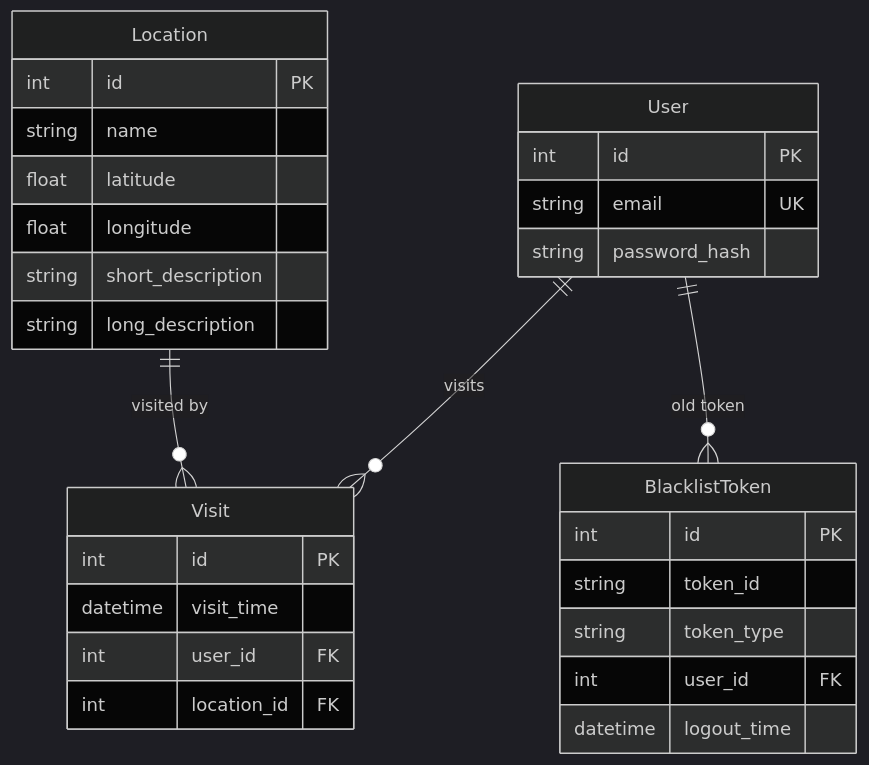
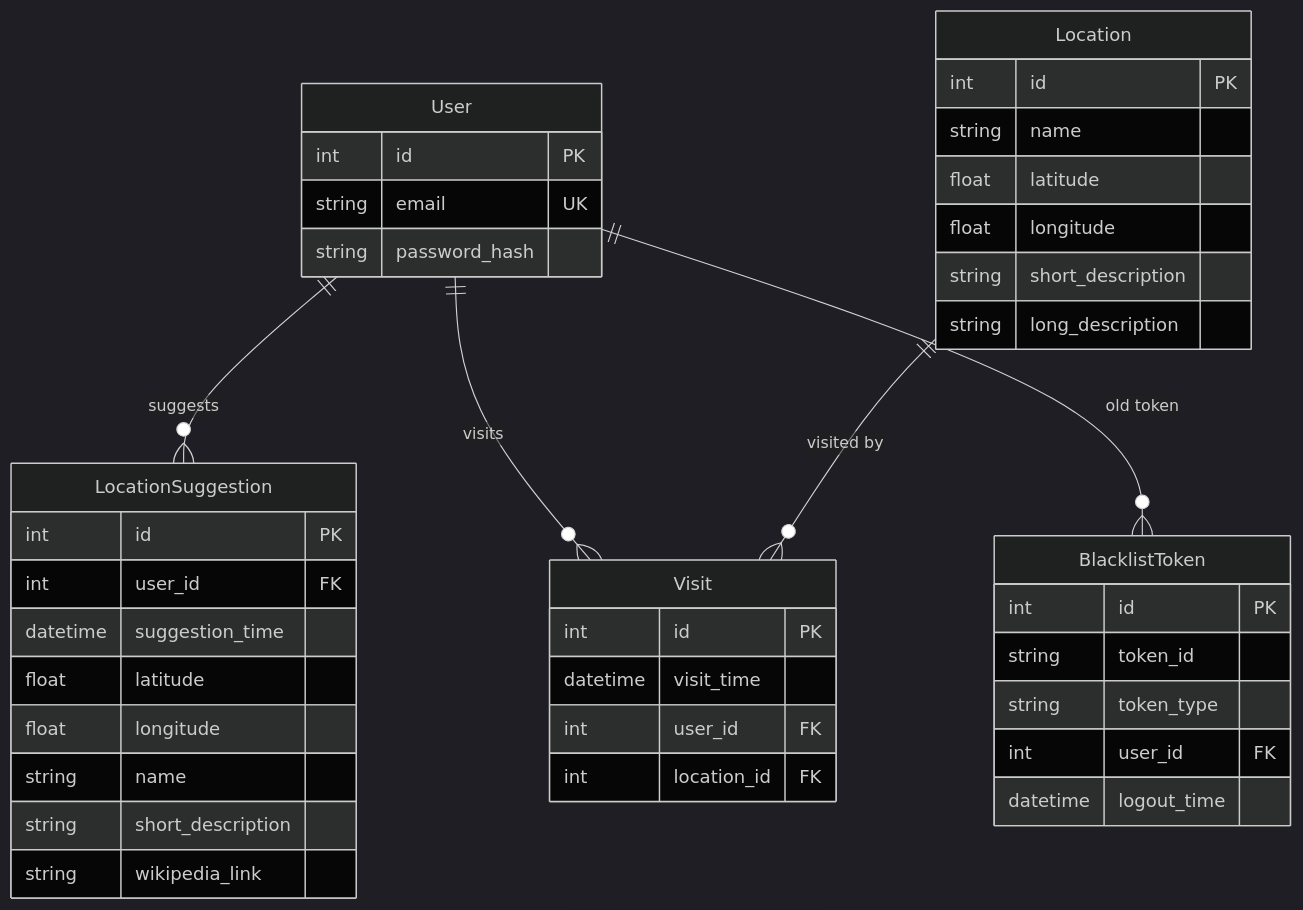
One commit to CS-495-Historical-Sites/remnant changed the diagram in documentation/docs/Documentation/Database.md. Above: the diagram before and after it, drawn with Mermaid (dark theme).

Commit message:
actually update docs

````diff
--- a/documentation/docs/Documentation/Database.md
+++ b/documentation/docs/Documentation/Database.md
@@ -3,33 +3,44 @@
 ``` mermaid
 erDiagram
     User {
         int id  PK
         string email UK
         string password_hash 
     }
     Location {
         int id  PK
         string name 
         float latitude
         float longitude
         string short_description
         string long_description
     }
     Visit {
         int id  PK
         datetime visit_time 
         int user_id  FK
         int location_id  FK
     }
     BlacklistToken {
         int id PK
         string token_id
         string token_type
         int user_id FK
         datetime logout_time
     }
+    LocationSuggestion {
+        int id  PK
+        int user_id  FK
+        datetime suggestion_time
+        float latitude
+        float longitude
+        string name 
+        string short_description
+        string wikipedia_link
+    }
 
+    User ||--o{ LocationSuggestion : "suggests"
     User ||--o{ Visit : "visits"
     Location ||--o{ Visit : "visited by"
     User ||--o{BlacklistToken : "old token"
 ```
````
